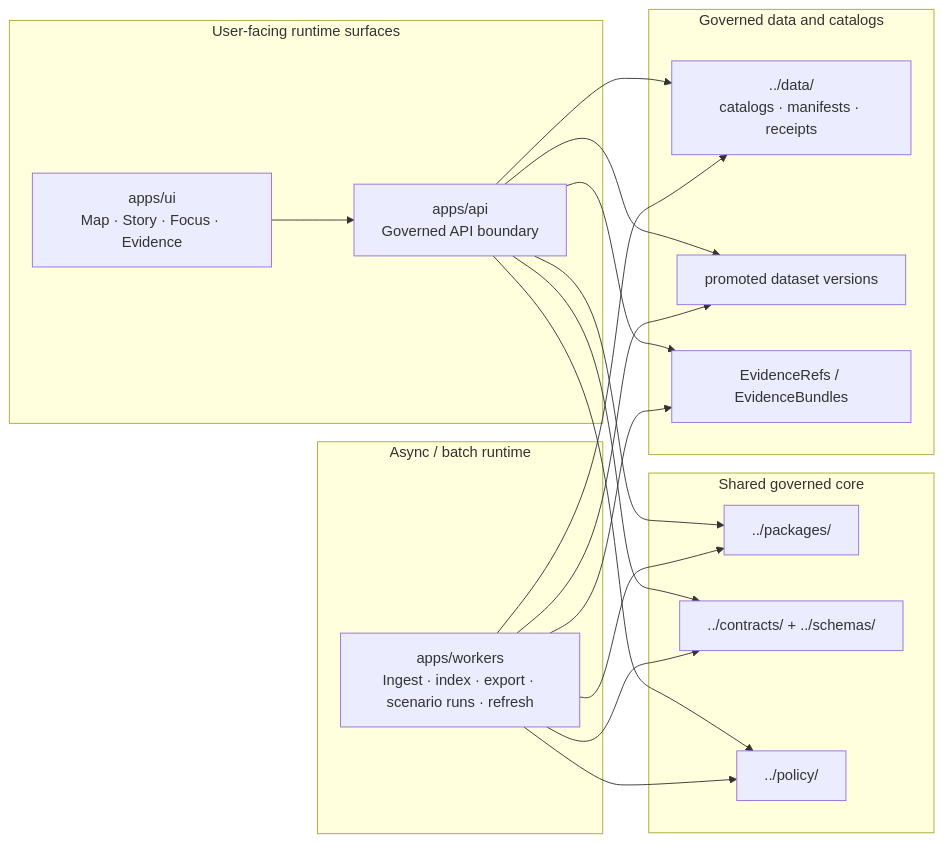
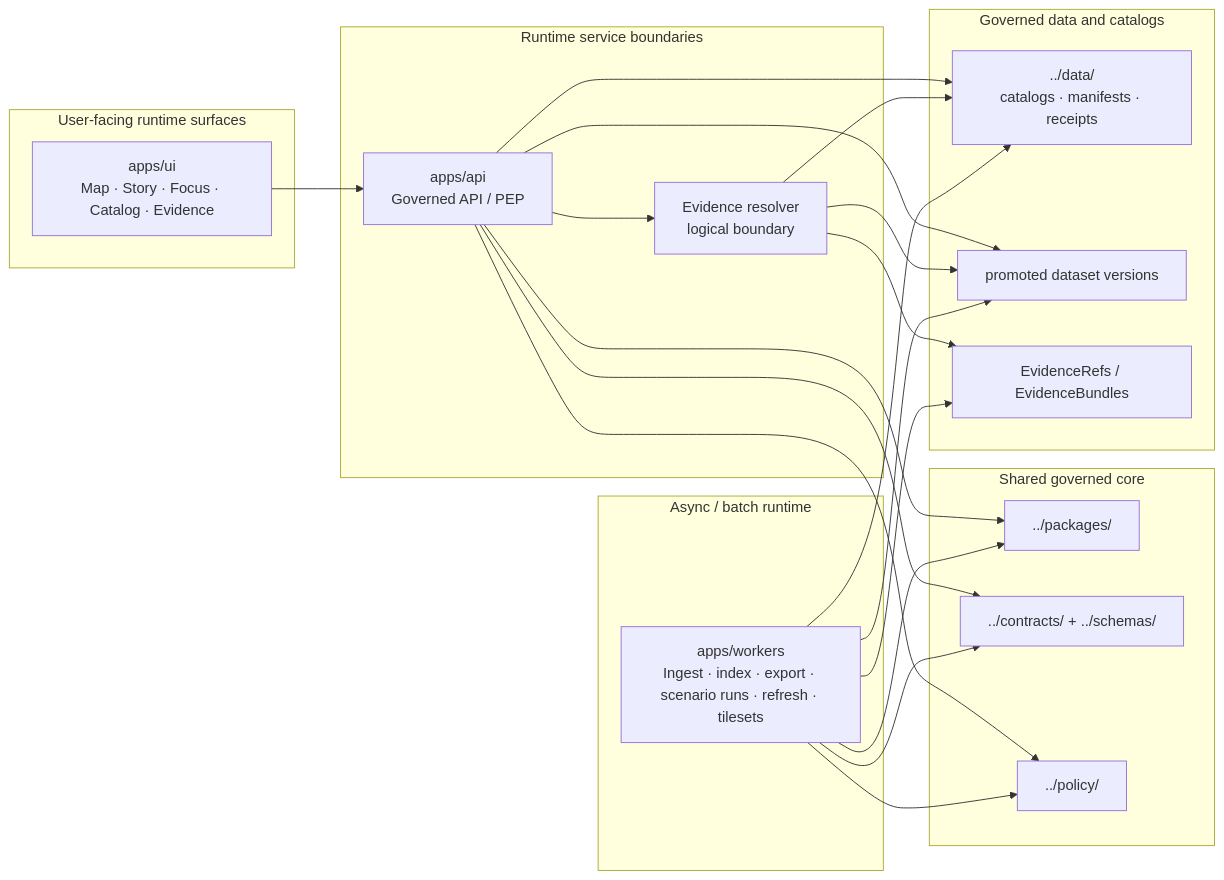
Before and after one commit to bartytime4life/Kansas-Frontier-Matrix: the second of 4 diagrams in apps/README.md, drawn with Mermaid. The commit also changed other lines of this file, not shown here.

````diff
--- a/apps/README.md
+++ b/apps/README.md
@@ -488,39 +647,47 @@
 ```mermaid
 flowchart LR
   subgraph UserFacing["User-facing runtime surfaces"]
-    UI["apps/ui<br/>Map · Story · Focus · Evidence"]
-    API["apps/api<br/>Governed API boundary"]
+    UI["apps/ui<br/>Map · Story · Focus · Catalog · Evidence"]
+  end
+
+  subgraph RuntimeServices["Runtime service boundaries"]
+    API["apps/api<br/>Governed API / PEP"]
+    ER["Evidence resolver<br/>logical boundary"]
   end
 
   subgraph AsyncBatch["Async / batch runtime"]
-    W["apps/workers<br/>Ingest · index · export · scenario runs · refresh"]
+    W["apps/workers<br/>Ingest · index · export · scenario runs · refresh · tilesets"]
   end
 
   subgraph SharedCore["Shared governed core"]
     PKG["../packages/"]
     CTR["../contracts/ + ../schemas/"]
     POL["../policy/"]
   end
 
   subgraph GovernedData["Governed data and catalogs"]
     CAT["../data/<br/>catalogs · manifests · receipts"]
     PUB["promoted dataset versions"]
     EVD["EvidenceRefs / EvidenceBundles"]
   end
 
   UI --> API
+  API --> ER
 
   API --> PKG
   API --> CTR
   API --> POL
   API --> CAT
   API --> PUB
-  API --> EVD
+
+  ER --> CAT
+  ER --> EVD
+  ER --> PUB
 
   W --> PKG
   W --> CTR
   W --> POL
   W --> CAT
   W --> PUB
   W --> EVD
 ```
````
